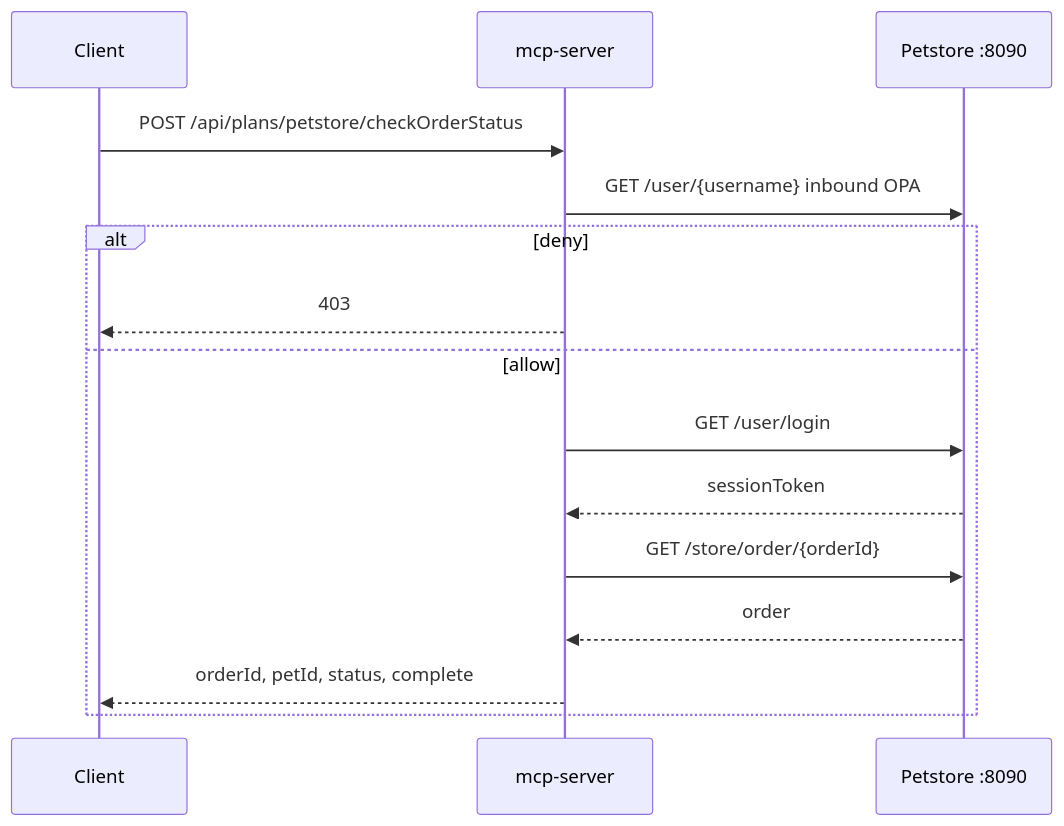
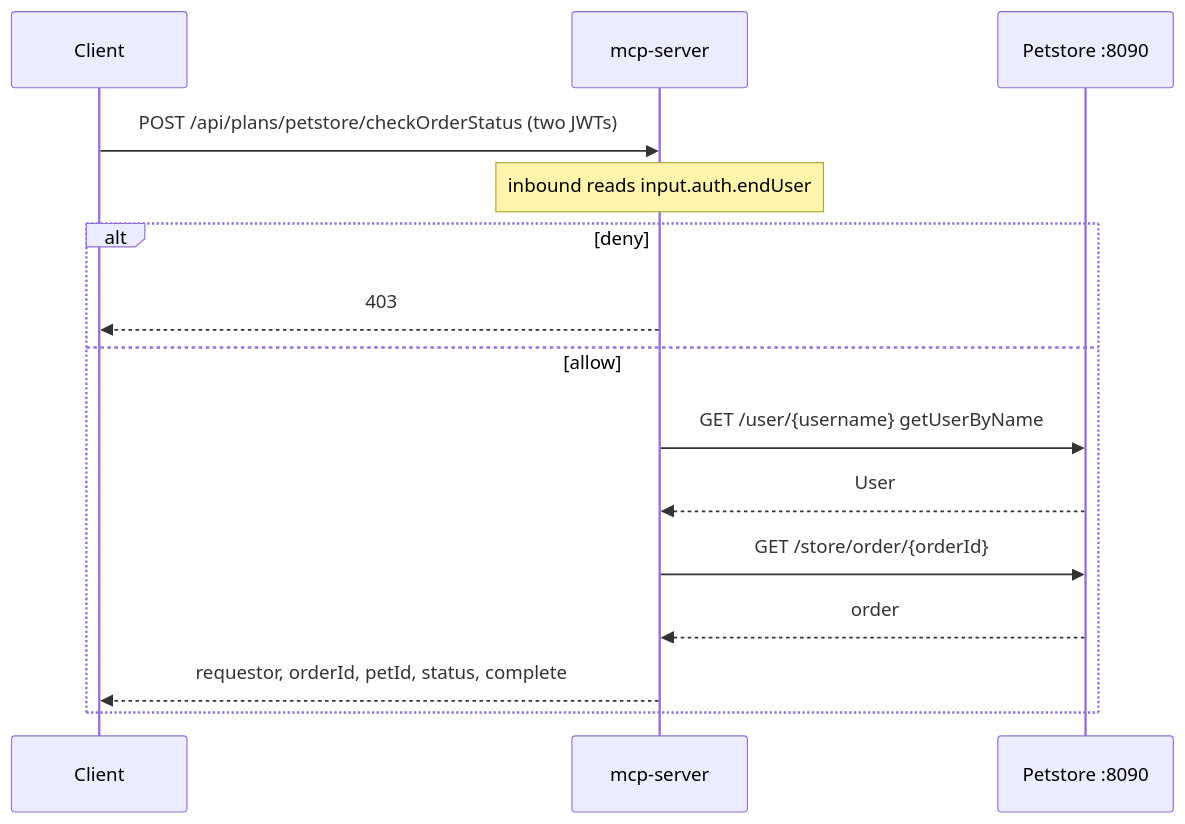
One commit to mevansam/context-mesh-engine changed the eighth of 9 diagrams in examples/petstore/README.md. Above: the diagram before and after it, drawn with Mermaid. The commit also changed other lines of this file and 30 other files, not shown here.

````diff
--- a/examples/petstore/README.md
+++ b/examples/petstore/README.md
@@ -355,18 +391,18 @@
 ```mermaid
 sequenceDiagram
   participant C as Client
   participant H as mcp-server
   participant P as Petstore :8090
 
-  C->>H: POST /api/plans/petstore/checkOrderStatus
-  H->>P: GET /user/{username} inbound OPA
+  C->>H: POST /api/plans/petstore/checkOrderStatus (two JWTs)
+  Note over H: inbound reads input.auth.endUser
   alt deny
     H-->>C: 403
   else allow
-    H->>P: GET /user/login
-    P-->>H: sessionToken
+    H->>P: GET /user/{username} getUserByName
+    P-->>H: User
     H->>P: GET /store/order/{orderId}
     P-->>H: order
-    H-->>C: orderId, petId, status, complete
+    H-->>C: requestor, orderId, petId, status, complete
   end
 ```
````
